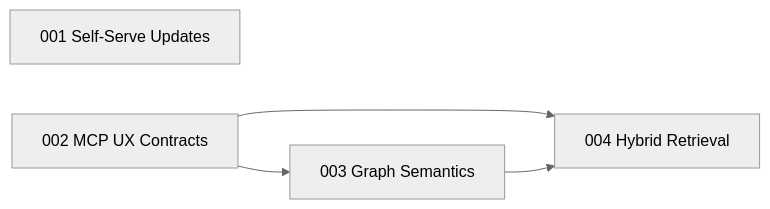
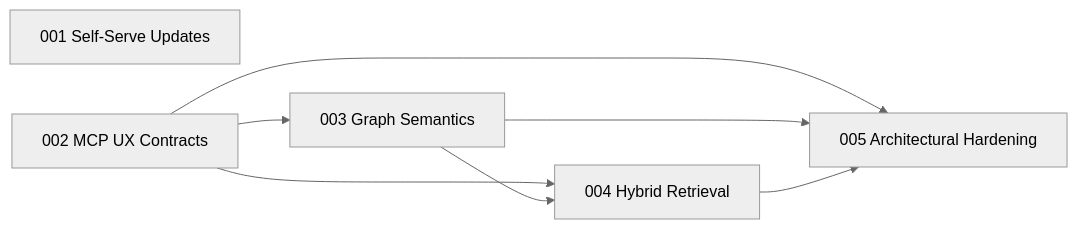
The diagram in specs/README.md (rudavko/lore-mcp), drawn with Mermaid (neutral theme) before and after one commit. The commit also changed other lines of this file and 41 other files, not shown here.

````diff
--- a/specs/README.md
+++ b/specs/README.md
@@ -5,11 +5,15 @@
 ```mermaid
 graph LR
   001[001 Self-Serve Updates]
   002[002 MCP UX Contracts]
   003[003 Graph Semantics]
   004[004 Hybrid Retrieval]
+  005[005 Architectural Hardening]
 
   002 --> 003
   002 --> 004
   003 --> 004
+  002 --> 005
+  003 --> 005
+  004 --> 005
 ```
````
